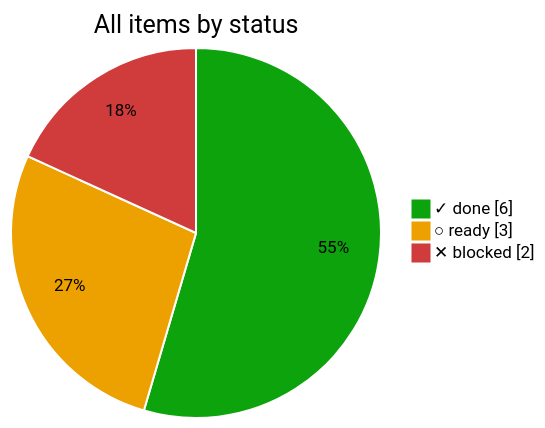
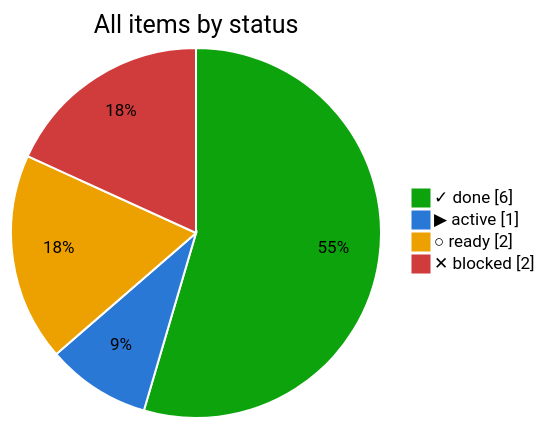
One commit to bvraghav/pmtrack changed the second of 4 diagrams in README.md. Above: the diagram before and after it, drawn with Mermaid. The commit also changed other lines of this file and 4 other files, not shown here.

````diff
--- a/README.md
+++ b/README.md
@@ -22,7 +22,8 @@
 ```mermaid
-%%{init: {"themeVariables": {"pie1": "#0ca30c", "pie2": "#eda100", "pie3": "#d03b3b", "pieOpacity": "1", "pieSectionTextColor": "#000", "pieStrokeColor": "#fff", "pieStrokeWidth": "2px", "pieOuterStrokeWidth": "0px"}}}%%
+%%{init: {"themeVariables": {"pie1": "#0ca30c", "pie2": "#2a78d6", "pie3": "#eda100", "pie4": "#d03b3b", "pieOpacity": "1", "pieSectionTextColor": "#000", "pieStrokeColor": "#fff", "pieStrokeWidth": "2px", "pieOuterStrokeWidth": "0px"}}}%%
 pie showData title All items by status
   "✓ done" : 6
-  "○ ready" : 3
+  "▶ active" : 1
+  "○ ready" : 2
   "✕ blocked" : 2
 ```
````
